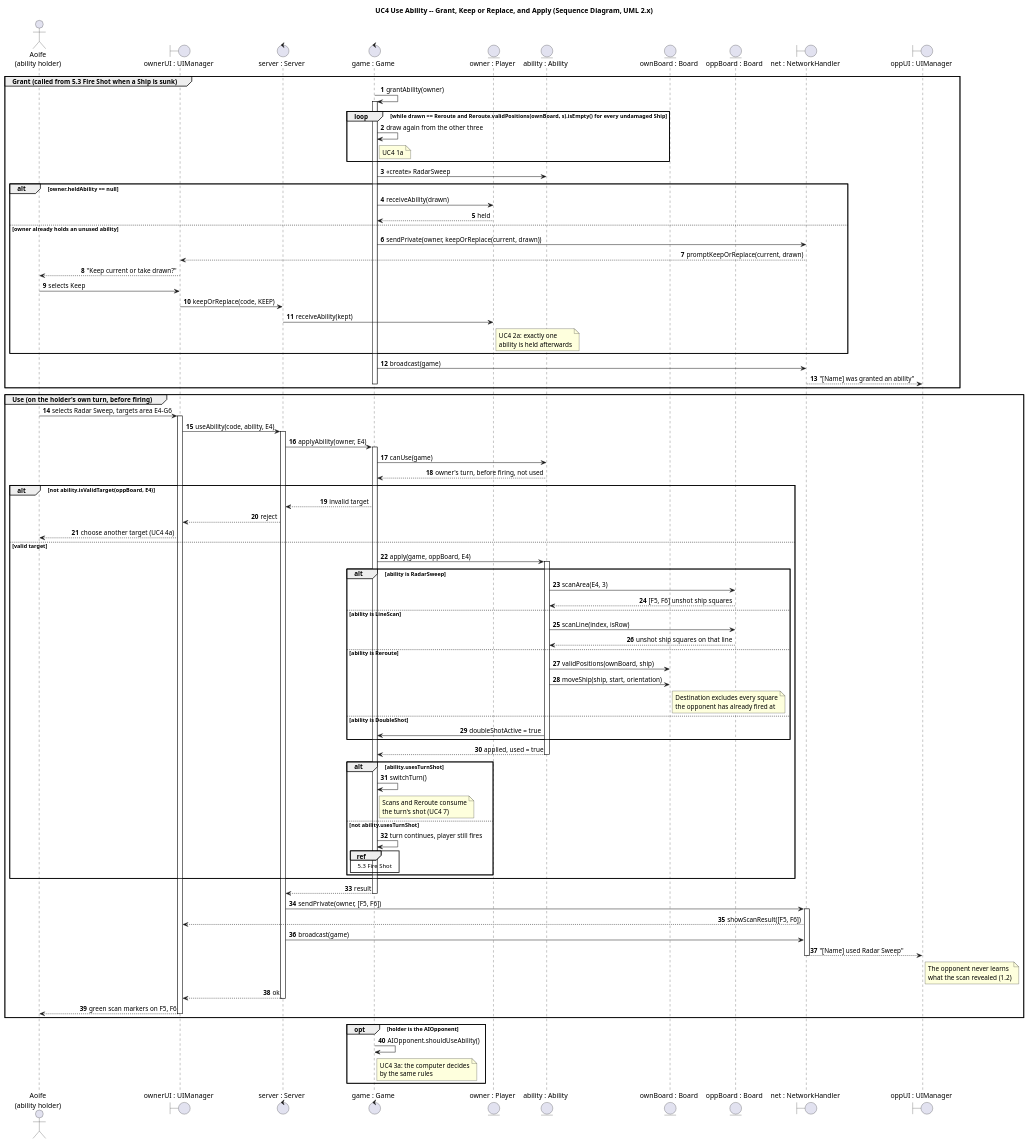
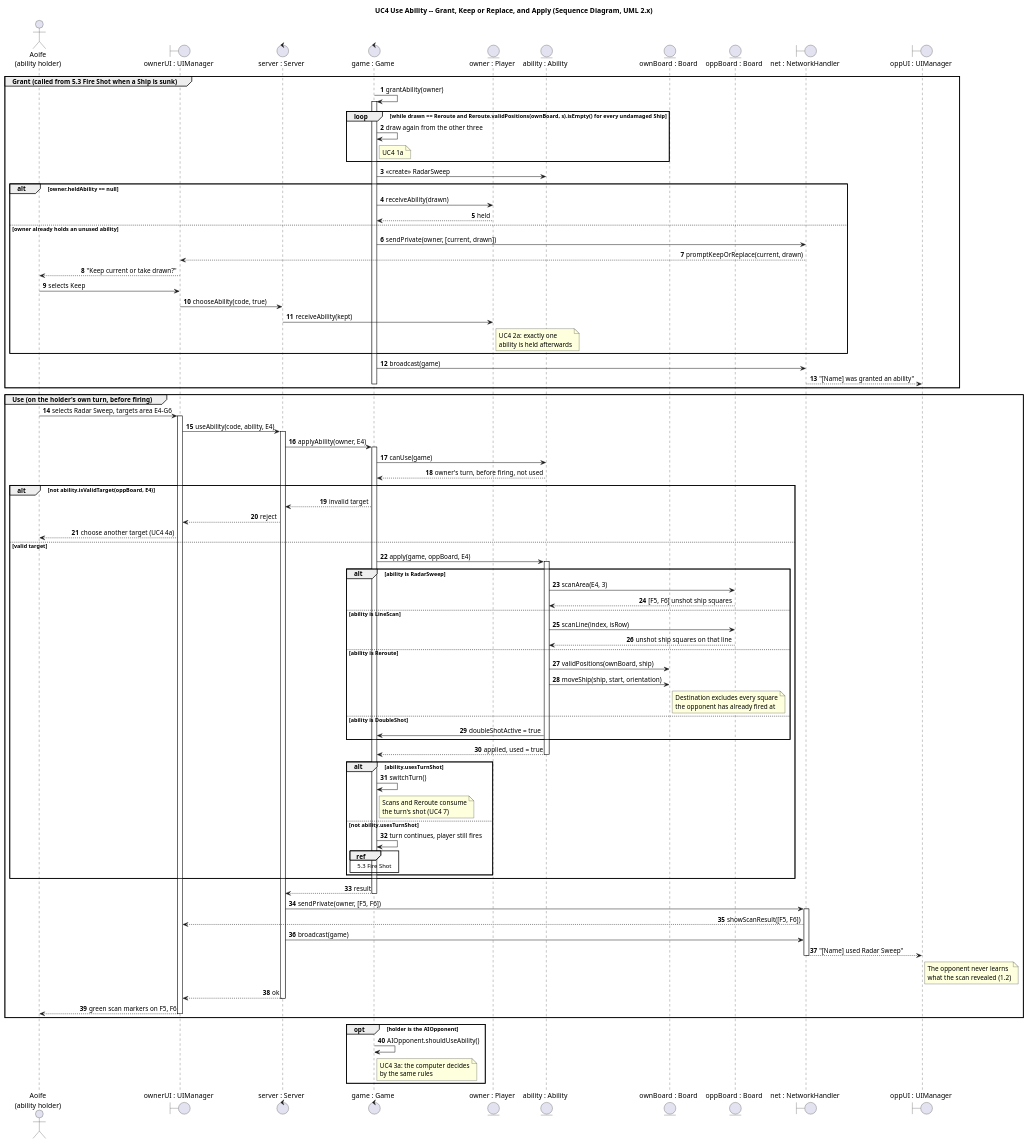
The diagram in docs/uml/sequence/use-ability.puml (queeeety/battleship-online), drawn with PlantUML before and after one commit. The commit also changed 9 other files, not shown here.

Commit message:
Added section2 diagrams and refreshed diagrams to be seamless

```diff
--- a/docs/uml/sequence/use-ability.puml
+++ b/docs/uml/sequence/use-ability.puml
@@ -1,106 +1,106 @@
 @startuml 5_4_UseAbility_SequenceDiagram
 ' MyBattleship -- GroupXXAssign2.pdf, section 5.4: Use Ability
 ' Scenario: UC4 Use Ability, scenarios 2.6, 2.7 and 2.8. Referenced from 5.3 Fire Shot.
 title UC4 Use Ability -- Grant, Keep or Replace, and Apply (Sequence Diagram, UML 2.x)
 
 skinparam sequenceMessageAlign first
 autonumber
 
 actor "Aoife\n(ability holder)" as Owner
 boundary "ownerUI : UIManager" as UI
 control "server : Server" as Server
 control "game : Game" as Game
 entity "owner : Player" as Player
 entity "ability : Ability" as Ability
 entity "ownBoard : Board" as OwnBoard
 entity "oppBoard : Board" as OppBoard
 boundary "net : NetworkHandler" as Net
 boundary "oppUI : UIManager" as OppUI
 
 group Grant (called from 5.3 Fire Shot when a Ship is sunk)
   Game -> Game : grantAbility(owner)
   activate Game
   loop while drawn == Reroute and Reroute.validPositions(ownBoard, s).isEmpty() for every undamaged Ship
     Game -> Game : draw again from the other three
     note right of Game : UC4 1a
   end
   Game -> Ability : <<create>> RadarSweep
   alt owner.heldAbility == null
     Game -> Player : receiveAbility(drawn)
     Player --> Game : held
   else owner already holds an unused ability
-    Game -> Net : sendPrivate(owner, keepOrReplace(current, drawn))
+    Game -> Net : sendPrivate(owner, [current, drawn])
     Net --> UI : promptKeepOrReplace(current, drawn)
     UI --> Owner : "Keep current or take drawn?"
     Owner -> UI : selects Keep
-    UI -> Server : keepOrReplace(code, KEEP)
+    UI -> Server : chooseAbility(code, true)
     Server -> Player : receiveAbility(kept)
     note right of Player : UC4 2a: exactly one\nability is held afterwards
   end
   Game -> Net : broadcast(game)
   Net --> OppUI : "[Name] was granted an ability"
   deactivate Game
 end
 
 group Use (on the holder's own turn, before firing)
   Owner -> UI : selects Radar Sweep, targets area E4-G6
   activate UI
   UI -> Server : useAbility(code, ability, E4)
   activate Server
   Server -> Game : applyAbility(owner, E4)
   activate Game
   Game -> Ability : canUse(game)
   Ability --> Game : owner's turn, before firing, not used
 
   alt not ability.isValidTarget(oppBoard, E4)
     Game --> Server : invalid target
     Server --> UI : reject
     UI --> Owner : choose another target (UC4 4a)
   else valid target
     Game -> Ability : apply(game, oppBoard, E4)
     activate Ability
     alt ability is RadarSweep
       Ability -> OppBoard : scanArea(E4, 3)
       OppBoard --> Ability : [F5, F6] unshot ship squares
     else ability is LineScan
       Ability -> OppBoard : scanLine(index, isRow)
       OppBoard --> Ability : unshot ship squares on that line
     else ability is Reroute
       Ability -> OwnBoard : validPositions(ownBoard, ship)
       Ability -> OwnBoard : moveShip(ship, start, orientation)
       note right of OwnBoard : Destination excludes every square\nthe opponent has already fired at
     else ability is DoubleShot
       Ability -> Game : doubleShotActive = true
     end
     Ability --> Game : applied, used = true
     deactivate Ability
 
     alt ability.usesTurnShot
       Game -> Game : switchTurn()
       note right of Game : Scans and Reroute consume\nthe turn's shot (UC4 7)
     else not ability.usesTurnShot
       Game -> Game : turn continues, player still fires
       ref over Game : 5.3 Fire Shot
     end
   end
 
   Game --> Server : result
   deactivate Game
   Server -> Net : sendPrivate(owner, [F5, F6])
   activate Net
   Net --> UI : showScanResult([F5, F6])
   Server -> Net : broadcast(game)
   Net --> OppUI : "[Name] used Radar Sweep"
   note right of OppUI : The opponent never learns\nwhat the scan revealed (1.2)
   deactivate Net
   Server --> UI : ok
   deactivate Server
   UI --> Owner : green scan markers on F5, F6
   deactivate UI
 end
 
 opt holder is the AIOpponent
   Game -> Game : AIOpponent.shouldUseAbility()
   note right of Game : UC4 3a: the computer decides\nby the same rules
 end
 @enduml
```
